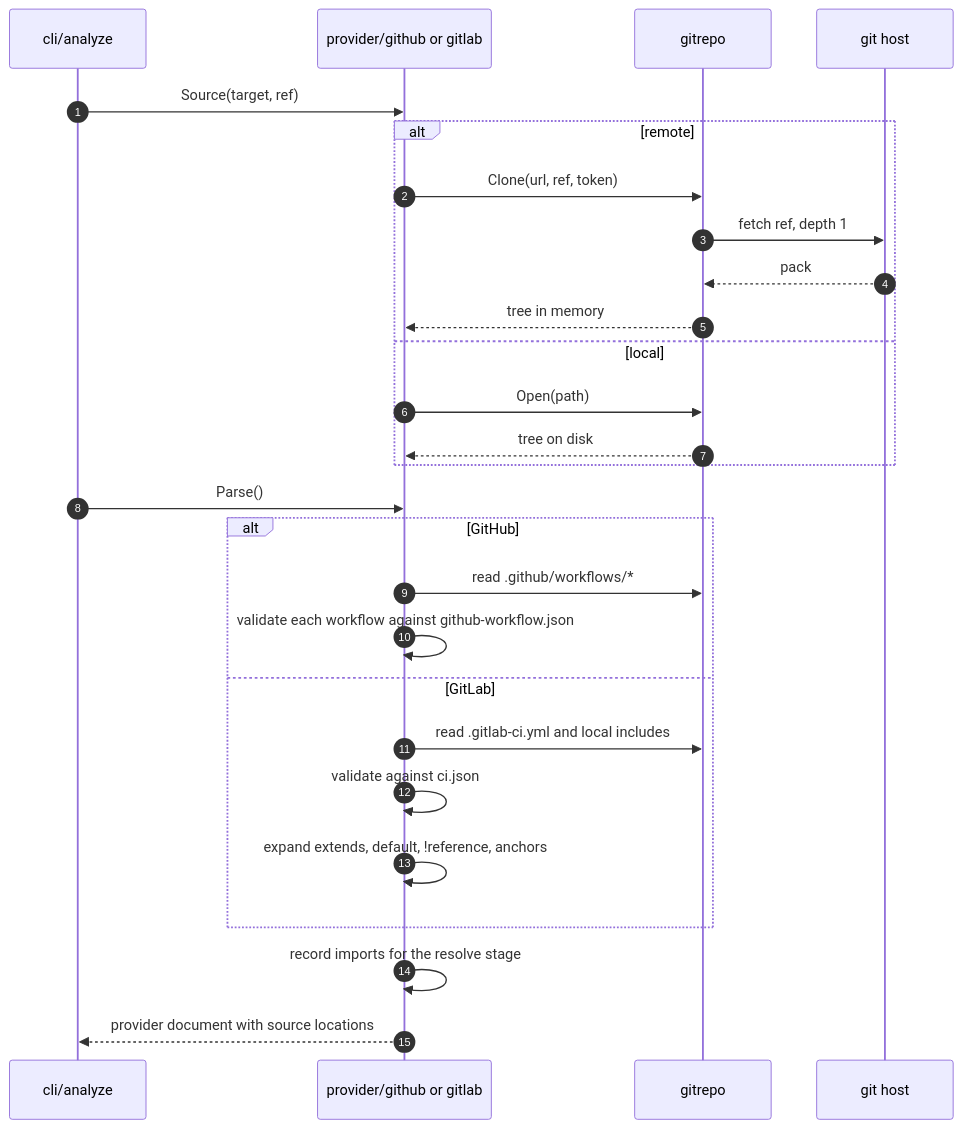
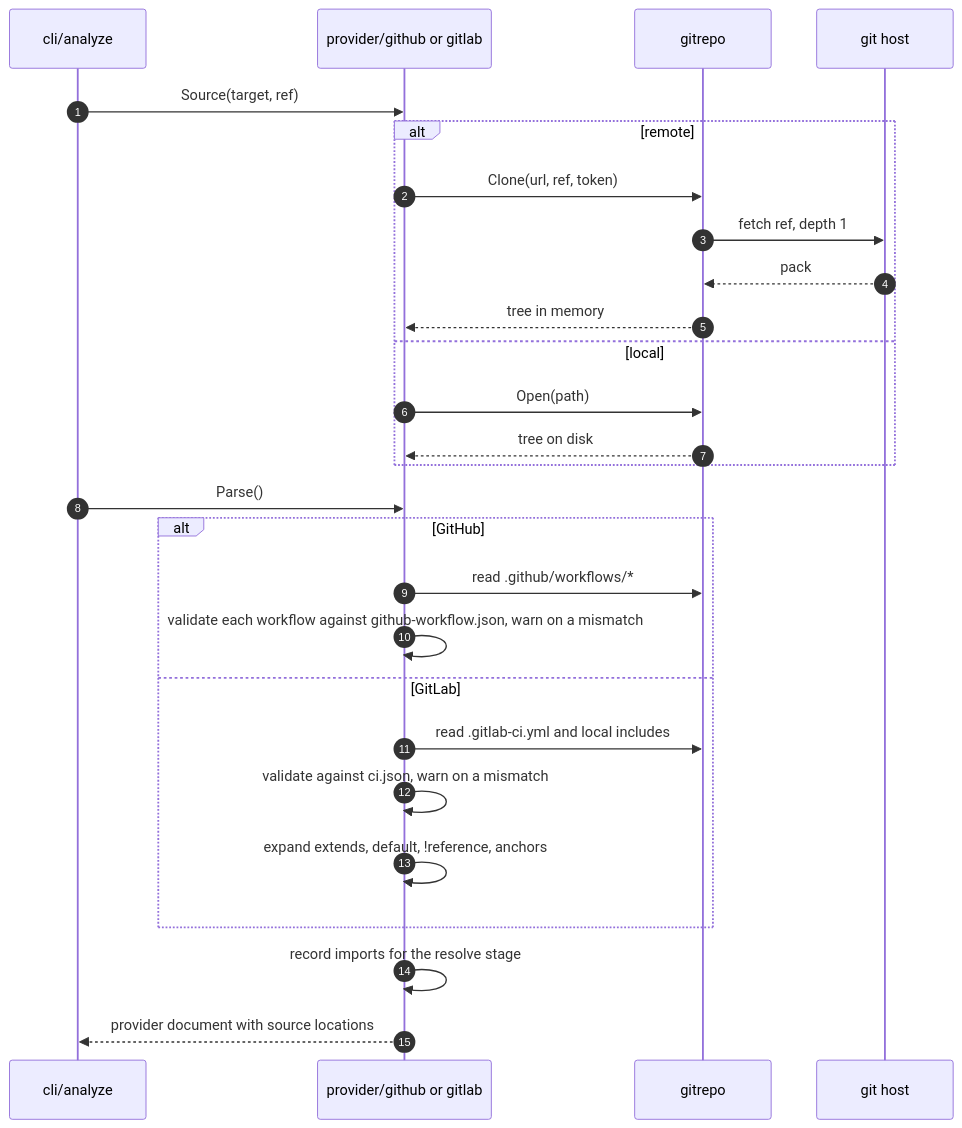
One commit to getplumber/plumber changed the third of 6 diagrams in v1/docs/analyze-flow.md. Above: the diagram before and after it, drawn with Mermaid. The commit also changed other lines of this file and 3 other files, not shown here.

````diff
--- a/v1/docs/analyze-flow.md
+++ b/v1/docs/analyze-flow.md
@@ -134,30 +147,30 @@
 ```mermaid
 sequenceDiagram
     autonumber
     participant A as cli/analyze
     participant P as provider/github or gitlab
     participant G as gitrepo
     participant H as git host
 
     A->>P: Source(target, ref)
     alt remote
         P->>G: Clone(url, ref, token)
         G->>H: fetch ref, depth 1
         H-->>G: pack
         G-->>P: tree in memory
     else local
         P->>G: Open(path)
         G-->>P: tree on disk
     end
     A->>P: Parse()
     alt GitHub
         P->>G: read .github/workflows/*
-        P->>P: validate each workflow against github-workflow.json
+        P->>P: validate each workflow against github-workflow.json, warn on a mismatch
     else GitLab
         P->>G: read .gitlab-ci.yml and local includes
-        P->>P: validate against ci.json
+        P->>P: validate against ci.json, warn on a mismatch
         P->>P: expand extends, default, !reference, anchors
     end
     P->>P: record imports for the resolve stage
     P-->>A: provider document with source locations
 ```
````
